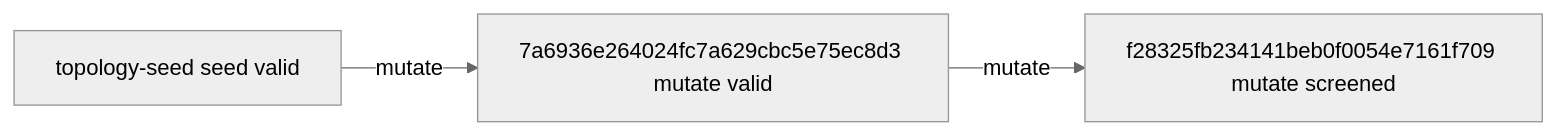
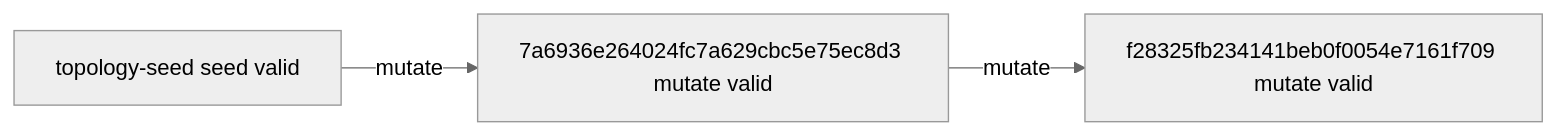
Before and after one commit to timbtz/feyer-search-lab: the diagram in experiments/campaigns/layout-numerical-v2/README.md, drawn with Mermaid (neutral theme). The commit also changed other lines of this file and 7 other files, not shown here.

````diff
--- a/experiments/campaigns/layout-numerical-v2/README.md
+++ b/experiments/campaigns/layout-numerical-v2/README.md
@@ -21,8 +21,8 @@
 ```mermaid
 graph LR
   n0["topology-seed seed valid"]
   n1["7a6936e264024fc7a629cbc5e75ec8d3 mutate valid"]
-  n2["f28325fb234141beb0f0054e7161f709 mutate screened"]
+  n2["f28325fb234141beb0f0054e7161f709 mutate valid"]
   n0 -->|mutate| n1
   n1 -->|mutate| n2
 ```
````
